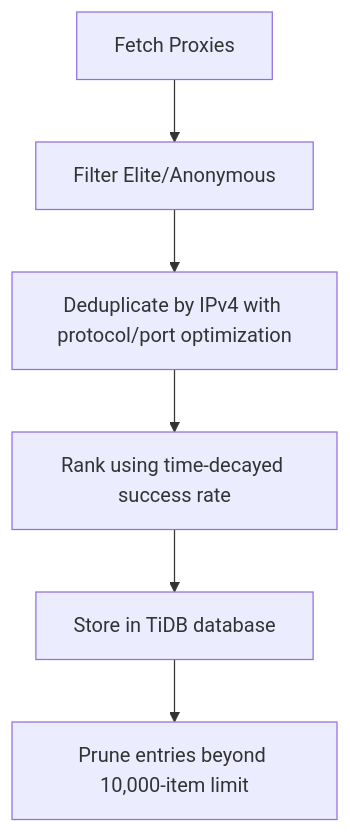
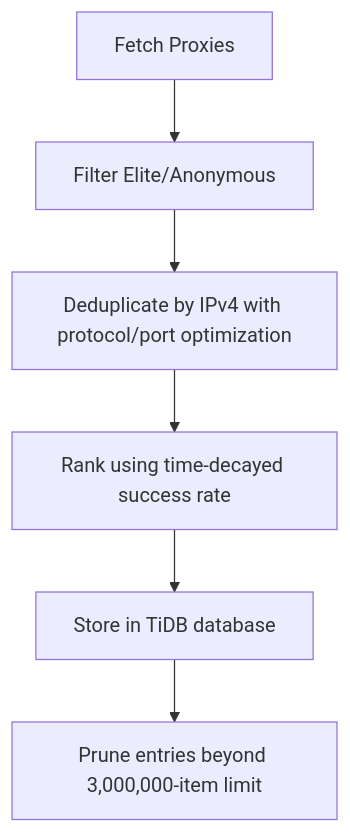
The diagram in proxy_fetch/readme/en/README.md (webc-site/npm), drawn with Mermaid before and after one commit. The commit also changed other lines of this file and 2 other files, not shown here.

````diff
--- a/proxy_fetch/readme/en/README.md
+++ b/proxy_fetch/readme/en/README.md
@@ -34,8 +34,8 @@
 ```mermaid
 graph TD
     A[Fetch Proxies] --> B[Filter Elite/Anonymous]
     B --> C[Deduplicate by IPv4 with protocol/port optimization]
     C --> D[Rank using time-decayed success rate]
     D --> E[Store in TiDB database]
-    E --> F[Prune entries beyond 10,000-item limit]
+    E --> F[Prune entries beyond 3,000,000-item limit]
 ```
````
